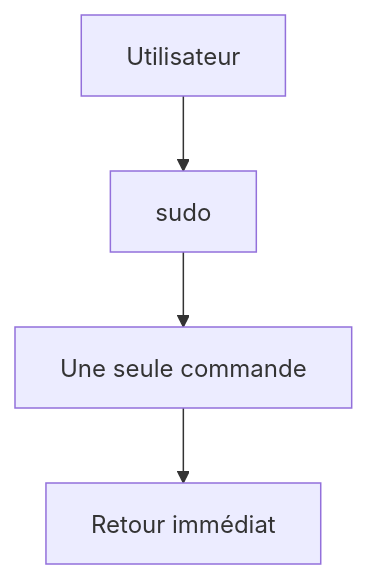
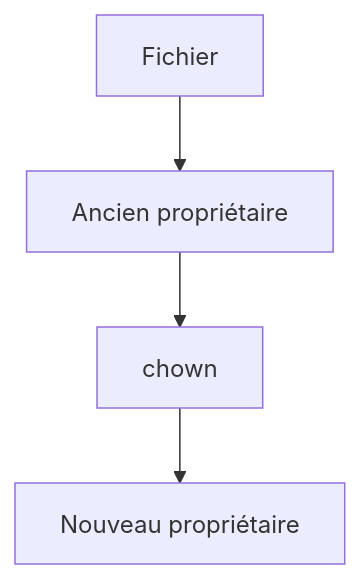
Before and after one commit to tdelaclos/formations: diagram 11 of 21 in campagne 1/1.7.md, drawn with Mermaid. The commit also changed other lines of this file, not shown here.

````diff
--- a/campagne 1/1.7.md
+++ b/campagne 1/1.7.md
@@ -322,15 +694,11 @@
 ```mermaid
 flowchart TD
 
-A["Utilisateur"]
+A["Fichier"]
 
-B["sudo"]
+A --> B["Ancien propriétaire"]
 
-C["Une seule commande"]
+B --> C["chown"]
 
-D["Retour immédiat"]
-
-A --> B
-B --> C
-C --> D
+C --> D["Nouveau propriétaire"]
 ```
````
